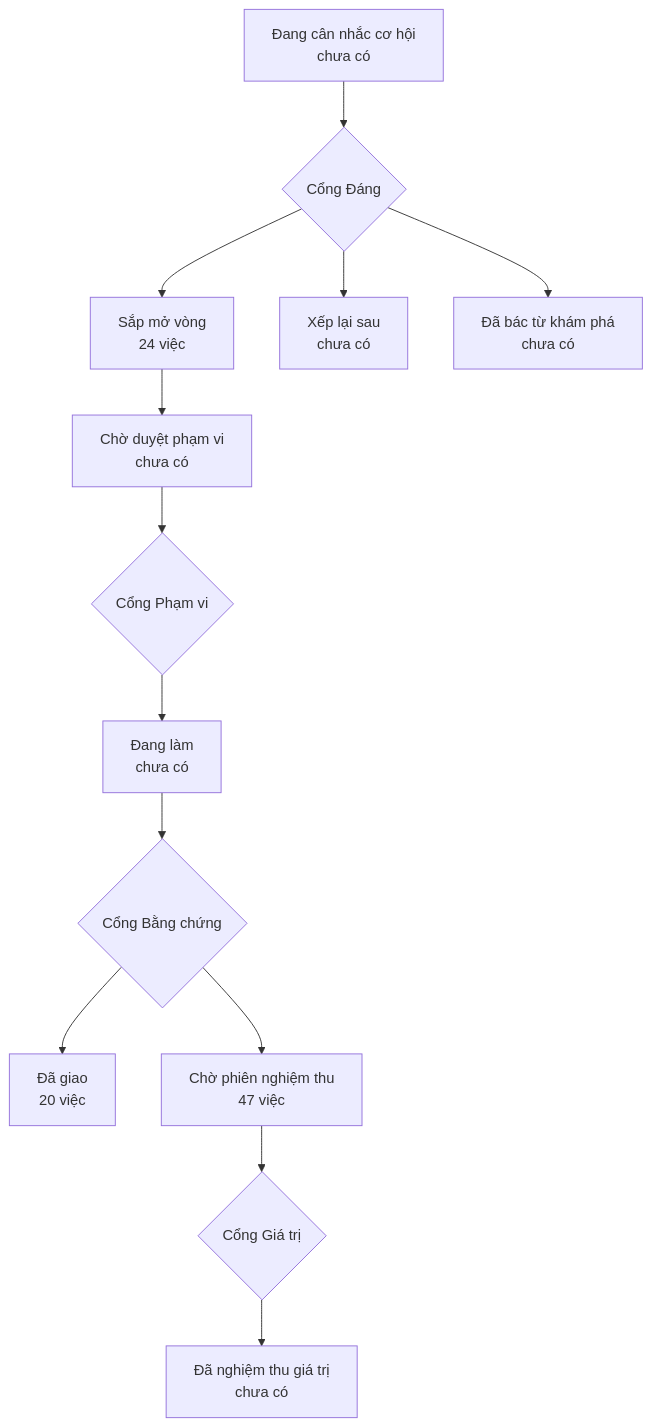
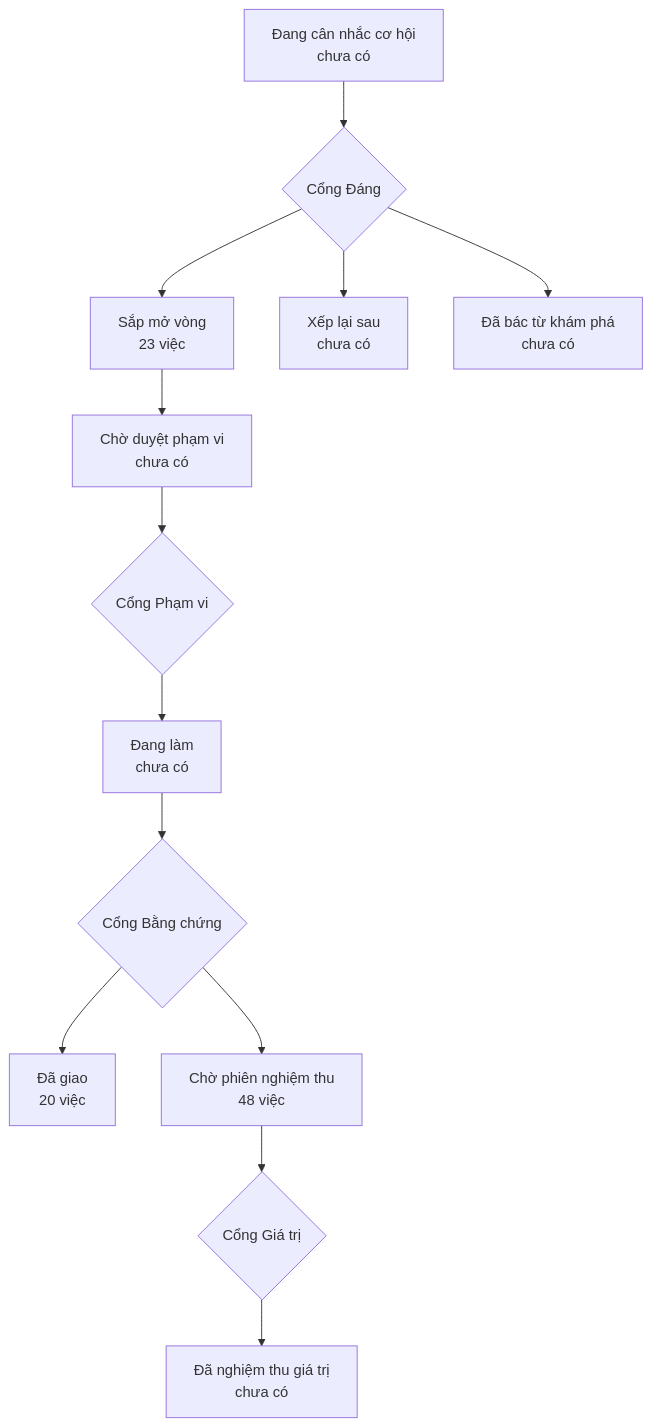
Before and after one commit to phanlemanh/onehub-quy-hang: the diagram in PRODUCT-MAP.md, drawn with Mermaid. The commit also changed other lines of this file and 1 other file, not shown here.

Commit message:
chore: vẽ lại bản đồ sau khi gộp main

````diff
--- a/PRODUCT-MAP.md
+++ b/PRODUCT-MAP.md
@@ -7,12 +7,12 @@
 ```mermaid
 flowchart TD
   A["Đang cân nhắc cơ hội<br/>chưa có"] --> GD{"Cổng Đáng"}
-  GD --> B["Sắp mở vòng<br/>24 việc"]
+  GD --> B["Sắp mở vòng<br/>23 việc"]
   GD --> XL["Xếp lại sau<br/>chưa có"]
   GD --> DB["Đã bác từ khám phá<br/>chưa có"]
   B --> CD["Chờ duyệt phạm vi<br/>chưa có"] --> GP{"Cổng Phạm vi"}
   GP --> DL["Đang làm<br/>chưa có"] --> GB{"Cổng Bằng chứng"}
   GB --> DG["Đã giao<br/>20 việc"]
-  GB --> CN["Chờ phiên nghiệm thu<br/>47 việc"] --> GG{"Cổng Giá trị"}
+  GB --> CN["Chờ phiên nghiệm thu<br/>48 việc"] --> GG{"Cổng Giá trị"}
   GG --> NT["Đã nghiệm thu giá trị<br/>chưa có"]
 ```
````
